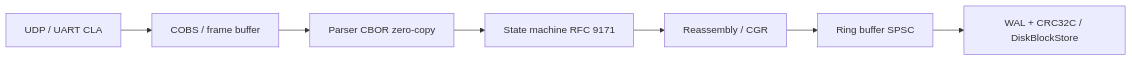
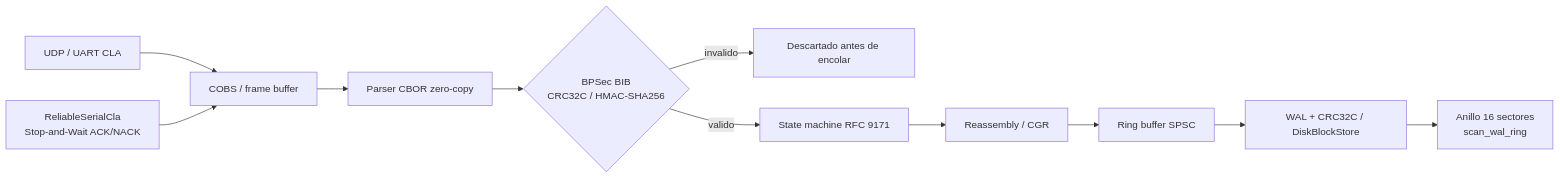
The first of 2 diagrams in README.md (srwangcr/dtn-core), drawn with Mermaid before and after one commit. The commit also changed other lines of this file and 12 other files, not shown here.

First line of the commit message:
feat(bpsec,cla,wal): BIB RFC 9172, ARQ Stop-and-Wait y WAL circular de 16 sectores

````diff
--- a/README.md
+++ b/README.md
@@ -60,9 +69,13 @@
 ```mermaid
 flowchart LR
     UDP[UDP / UART CLA] --> F[COBS / frame buffer]
+    ARQ[ReliableSerialCla<br/>Stop-and-Wait ACK/NACK] --> F
     F --> CBOR[Parser CBOR zero-copy]
-    CBOR --> SM[State machine RFC 9171]
+    CBOR --> BIB{BPSec BIB<br/>CRC32C / HMAC-SHA256}
+    BIB -->|invalido| DROP[Descartado antes de encolar]
+    BIB -->|valido| SM[State machine RFC 9171]
     SM --> R[Reassembly / CGR]
     R --> Q[Ring buffer SPSC]
     Q --> WAL[WAL + CRC32C / DiskBlockStore]
+    WAL --> RING[Anillo 16 sectores<br/>scan_wal_ring]
 ```
````
